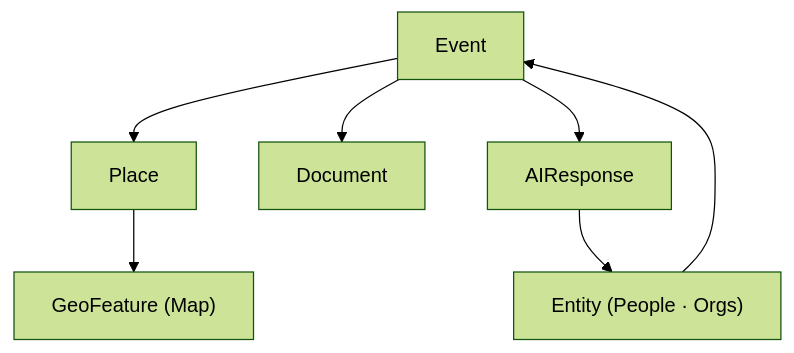
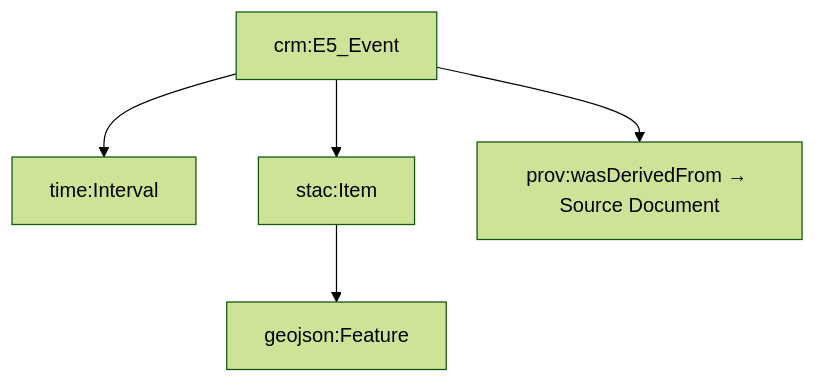
The diagram in web/src/types/README.md (bartytime4life/Kansas-Frontier-Matrix), drawn with Mermaid (forest theme) before and after one commit. The commit also changed other lines of this file, not shown here.

````diff
--- a/web/src/types/README.md
+++ b/web/src/types/README.md
@@ -104,10 +135,7 @@
 ```mermaid
 flowchart TD
-  A["Event"] --> B["Place"]
-  A --> C["Document"]
-  A --> D["AIResponse"]
-  B --> E["GeoFeature (Map)"]
-  D --> F["Entity (People · Orgs)"]
-  F --> A
-%% END OF MERMAID
+  E["crm:E5_Event"] --> T["time:Interval"]
+  E --> L["stac:Item"]
+  L --> G["geojson:Feature"]
+  E --> P["prov:wasDerivedFrom → Source Document"]
 ```
````
